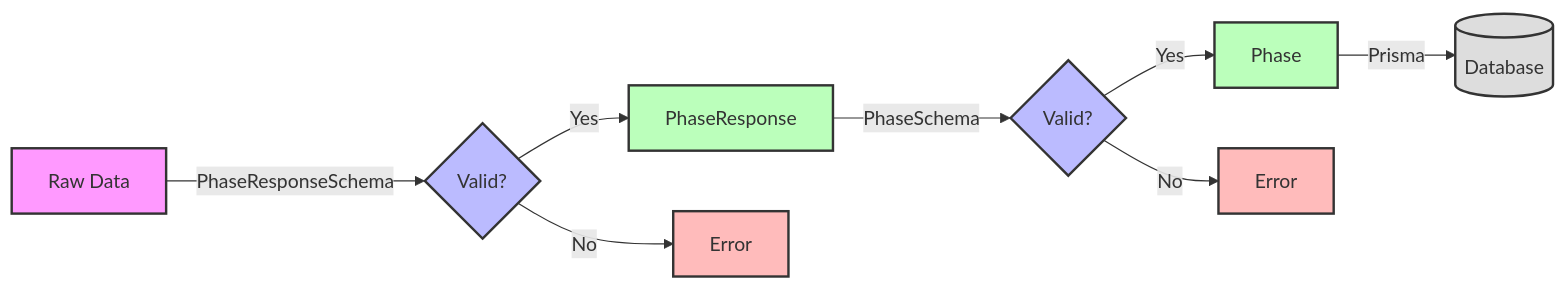
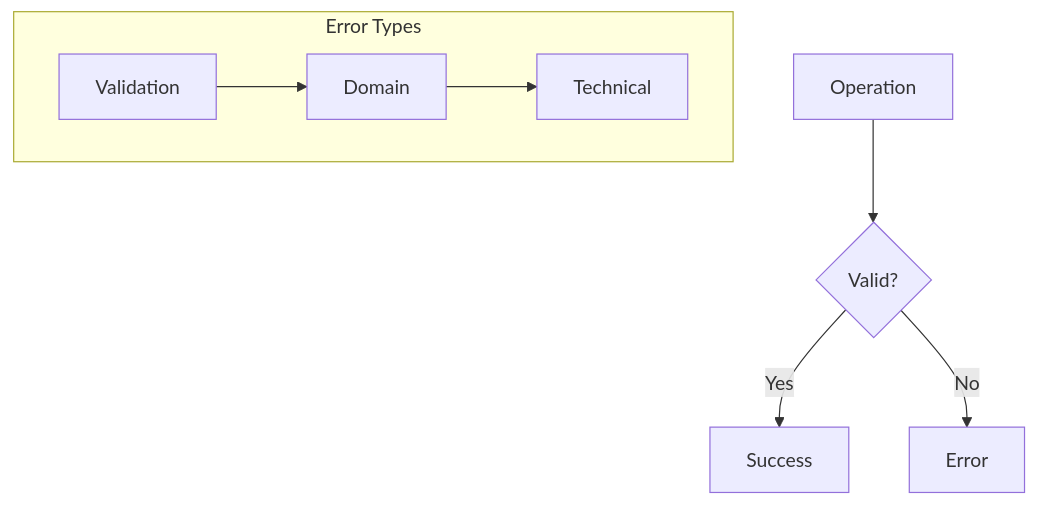
Before and after one commit to tonglam/letletme_data: the ninth of 11 diagrams in documentation/design/Type_Management_Design.md, drawn with Mermaid. The commit also changed other lines of this file and 15 other files, not shown here.

````diff
--- a/documentation/design/Type_Management_Design.md
+++ b/documentation/design/Type_Management_Design.md
@@ -95,19 +208,15 @@
 ```mermaid
-graph LR
-    A[Raw Data] -->|PhaseResponseSchema| B{Valid?}
-    B -->|Yes| C[PhaseResponse]
+graph TD
+    A[Operation] --> B{Valid?}
+    B -->|Yes| C[Success]
     B -->|No| D[Error]
-    C -->|PhaseSchema| E{Valid?}
-    E -->|Yes| F[Phase]
-    E -->|No| G[Error]
-    F -->|Prisma| H[(Database)]
 
-    style A fill:#f9f,stroke:#333,stroke-width:2px
-    style B fill:#bbf,stroke:#333,stroke-width:2px
-    style C fill:#bfb,stroke:#333,stroke-width:2px
-    style D fill:#fbb,stroke:#333,stroke-width:2px
-    style E fill:#bbf,stroke:#333,stroke-width:2px
-    style F fill:#bfb,stroke:#333,stroke-width:2px
-    style G fill:#fbb,stroke:#333,stroke-width:2px
-    style H fill:#ddd,stroke:#333,stroke-width:2px
+    subgraph Error Types
+        E[Validation]
+        F[Domain]
+        G[Technical]
+
+        E --> F
+        F --> G
+    end
 ```
````
